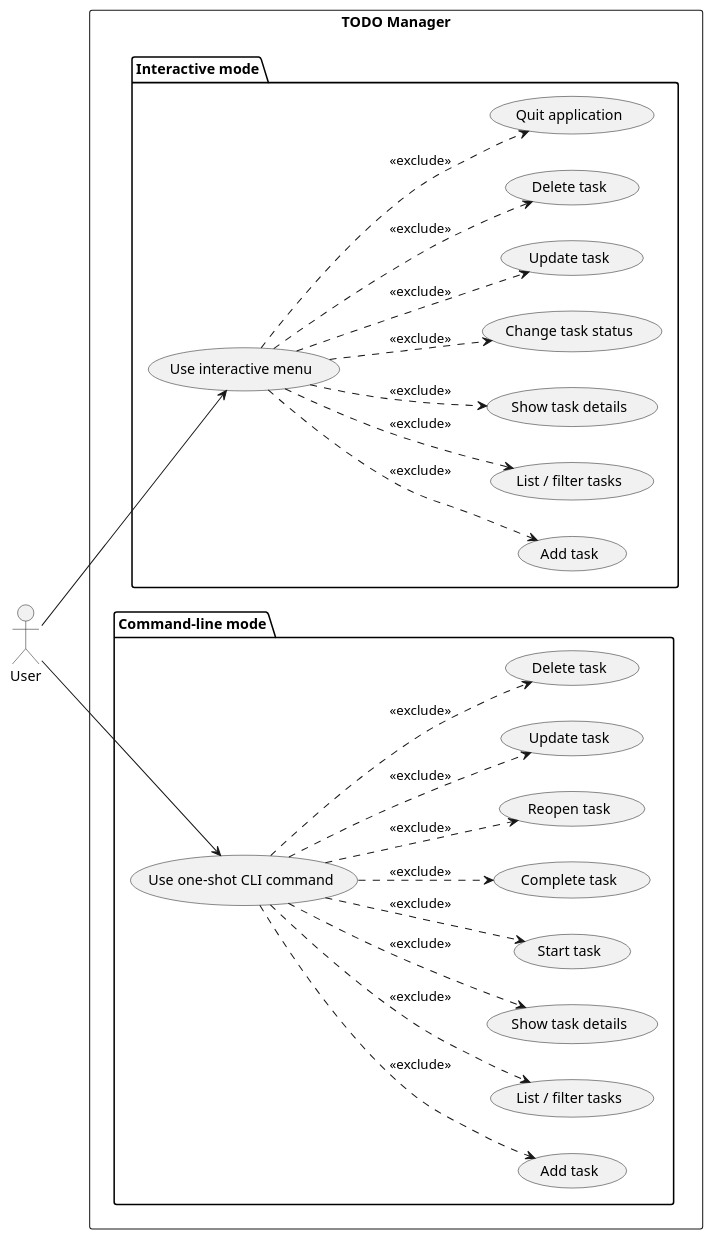
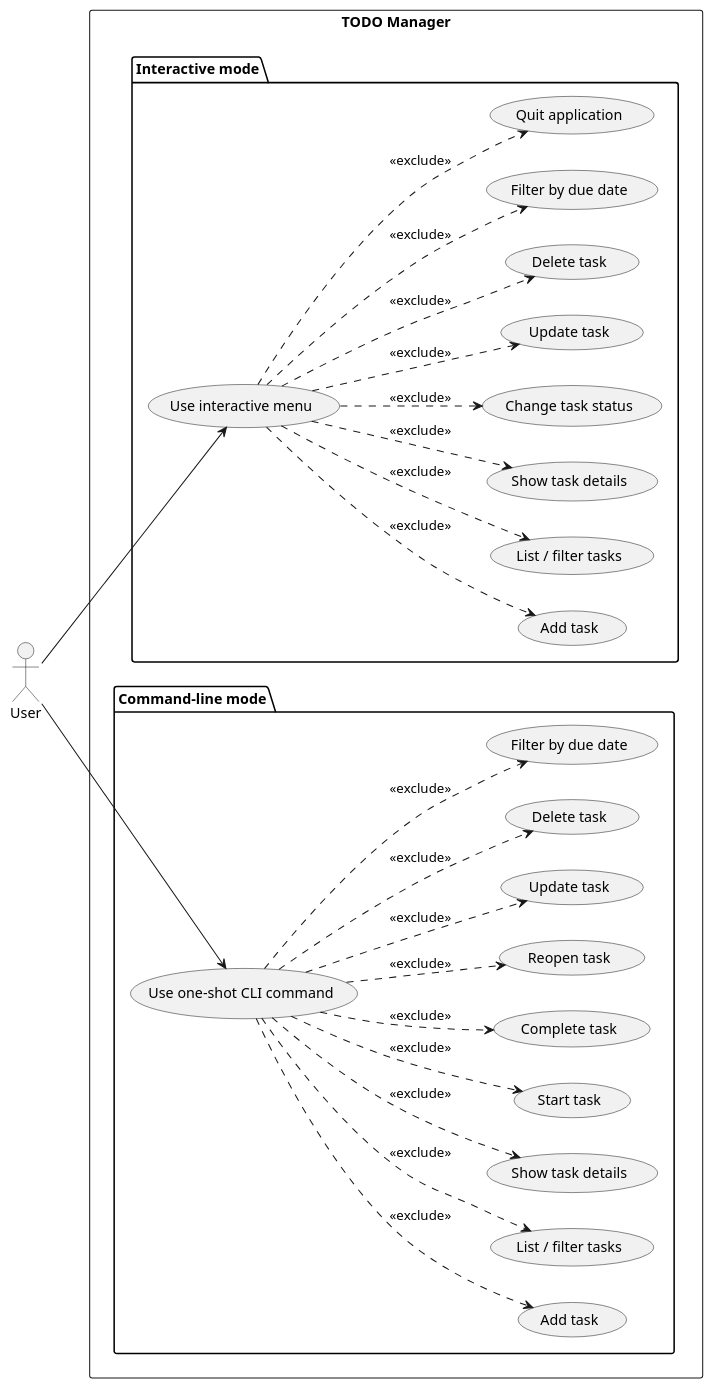
One commit to DanielRiha8906/Software_autoevolution_using_agents changed the diagram in experiments/pipeline/test_driven/TODO/artifacts/use_case_diagram.puml. Above: the diagram before and after it, drawn with PlantUML. The commit also changed 7 other files, not shown here.

First line of the commit message:
Task 05: Extend list_tasks with due date filtering

```diff
--- a/experiments/pipeline/test_driven/TODO/artifacts/use_case_diagram.puml
+++ b/experiments/pipeline/test_driven/TODO/artifacts/use_case_diagram.puml
@@ -1,53 +1,57 @@
 @startuml use_case_diagram
 
 left to right direction
 
 actor User
 
 rectangle "TODO Manager" {
 
   package "Interactive mode" {
     usecase "Use interactive menu" as UI
     usecase "Add task" as I_ADD
     usecase "List / filter tasks" as I_LIST
     usecase "Show task details" as I_SHOW
     usecase "Change task status" as I_STATUS
     usecase "Update task" as I_UPDATE
     usecase "Delete task" as I_DELETE
+    usecase "Filter by due date" as I_DUE_FILTER
     usecase "Quit application" as I_QUIT
   }
 
   package "Command-line mode" {
     usecase "Use one-shot CLI command" as CLI
     usecase "Add task" as C_ADD
     usecase "List / filter tasks" as C_LIST
     usecase "Show task details" as C_SHOW
     usecase "Start task" as C_START
     usecase "Complete task" as C_DONE
     usecase "Reopen task" as C_REOPEN
     usecase "Update task" as C_UPDATE
     usecase "Delete task" as C_DELETE
+    usecase "Filter by due date" as C_DUE_FILTER
   }
 }
 
 User --> UI
 User --> CLI
 
-UI ..> I_ADD    : <<exclude>>
-UI ..> I_LIST   : <<exclude>>
-UI ..> I_SHOW   : <<exclude>>
-UI ..> I_STATUS : <<exclude>>
-UI ..> I_UPDATE : <<exclude>>
-UI ..> I_DELETE : <<exclude>>
-UI ..> I_QUIT   : <<exclude>>
+UI ..> I_ADD        : <<exclude>>
+UI ..> I_LIST       : <<exclude>>
+UI ..> I_SHOW       : <<exclude>>
+UI ..> I_STATUS     : <<exclude>>
+UI ..> I_UPDATE     : <<exclude>>
+UI ..> I_DELETE     : <<exclude>>
+UI ..> I_DUE_FILTER : <<exclude>>
+UI ..> I_QUIT       : <<exclude>>
 
-CLI ..> C_ADD    : <<exclude>>
-CLI ..> C_LIST   : <<exclude>>
-CLI ..> C_SHOW   : <<exclude>>
-CLI ..> C_START  : <<exclude>>
-CLI ..> C_DONE   : <<exclude>>
-CLI ..> C_REOPEN : <<exclude>>
-CLI ..> C_UPDATE : <<exclude>>
-CLI ..> C_DELETE : <<exclude>>
+CLI ..> C_ADD        : <<exclude>>
+CLI ..> C_LIST       : <<exclude>>
+CLI ..> C_SHOW       : <<exclude>>
+CLI ..> C_START      : <<exclude>>
+CLI ..> C_DONE       : <<exclude>>
+CLI ..> C_REOPEN     : <<exclude>>
+CLI ..> C_UPDATE     : <<exclude>>
+CLI ..> C_DELETE     : <<exclude>>
+CLI ..> C_DUE_FILTER : <<exclude>>
 
 @enduml
```
